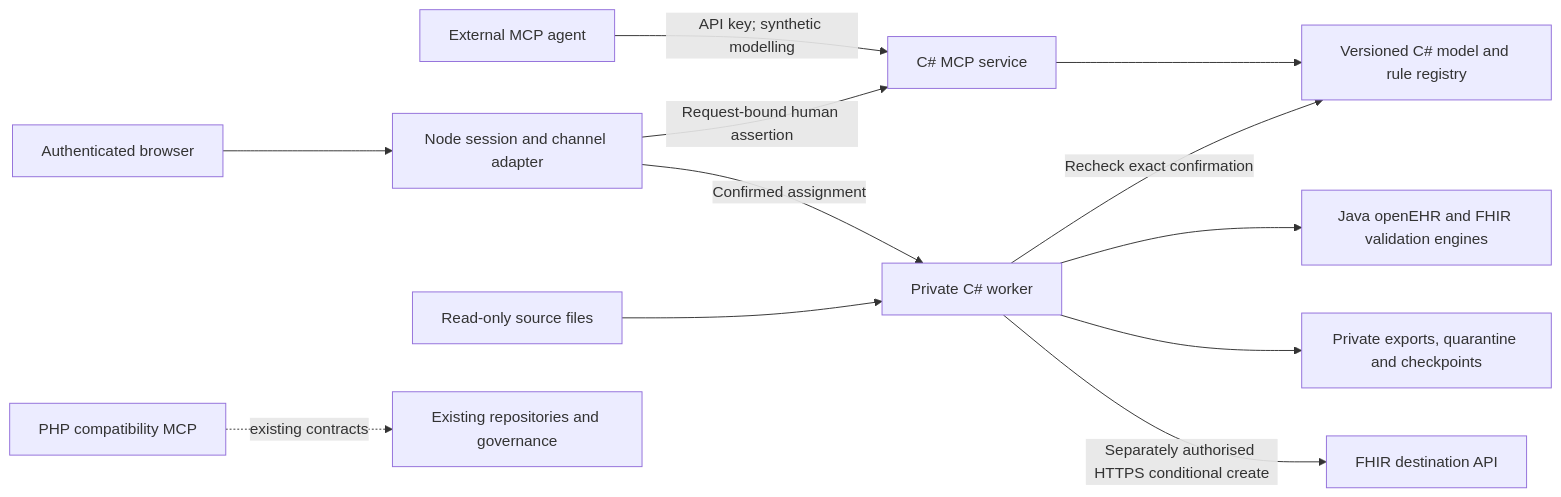
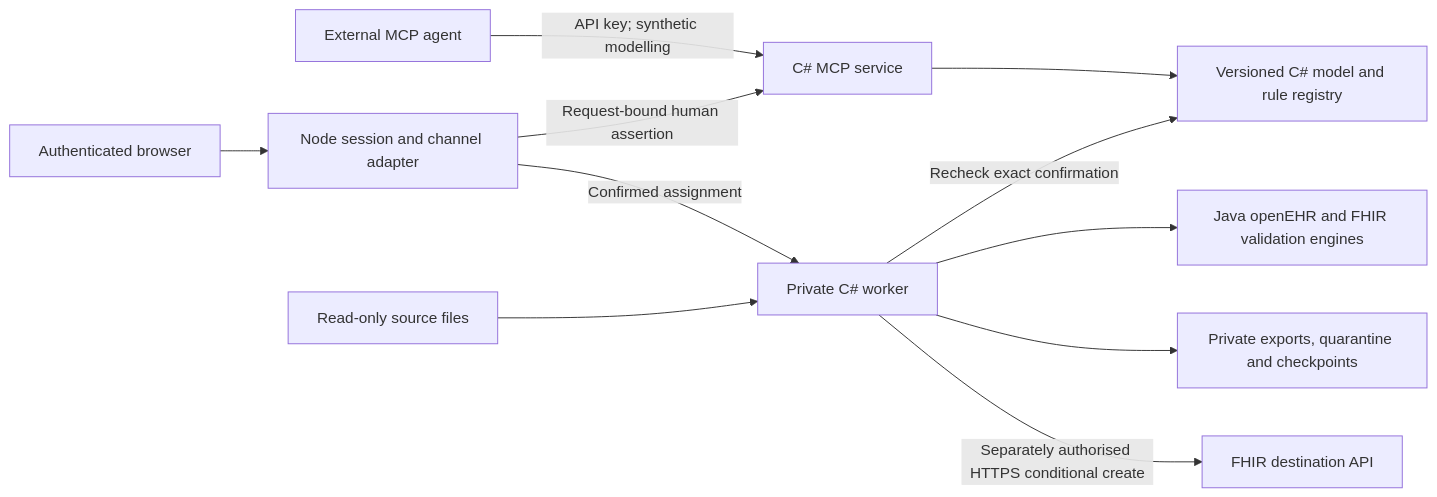
One commit to CzarMich/openehr_FHIR_Modeller changed the third of 3 diagrams in docs/ARCHITECTURE.md. Above: the diagram before and after it, drawn with Mermaid. The commit also changed other lines of this file and 1 other file, not shown here.

Commit message:
docs: remove obsolete runtime labels from architecture diagrams

````diff
--- a/docs/ARCHITECTURE.md
+++ b/docs/ARCHITECTURE.md
@@ -147,14 +147,13 @@
 ```mermaid
 flowchart LR
   Agent[External MCP agent] -->|API key; synthetic modelling| MCP[C# MCP service]
   Browser[Authenticated browser] --> Node[Node session and channel adapter]
   Node -->|Request-bound human assertion| MCP
   MCP --> Models[Versioned C# model and rule registry]
   Node -->|Confirmed assignment| Worker[Private C# worker]
   Files[Read-only source files] --> Worker
   Worker -->|Recheck exact confirmation| Models
   Worker --> Engines[Java openEHR and FHIR validation engines]
   Worker --> Private[Private exports, quarantine and checkpoints]
   Worker -->|Separately authorised HTTPS conditional create| FHIR[FHIR destination API]
-  Legacy[PHP compatibility MCP] -. existing contracts .-> Old[Existing repositories and governance]
 ```
````
